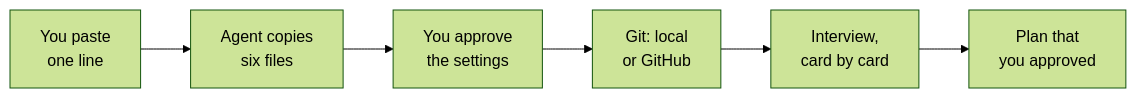
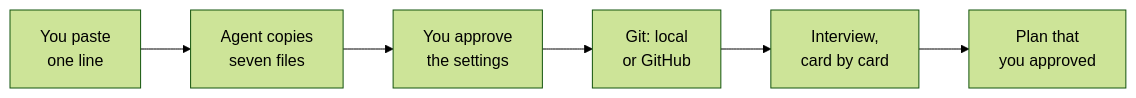
Before and after one commit to MyNameIsGlooboo/chief-prompt: the first of 3 diagrams in README.md, drawn with Mermaid (forest theme). The commit also changed other lines of this file and 16 other files, not shown here.

````diff
--- a/README.md
+++ b/README.md
@@ -23,8 +23,8 @@
 ```mermaid
 flowchart LR
-    A["You paste<br/>one line"] --> B["Agent copies<br/>six files"]
+    A["You paste<br/>one line"] --> B["Agent copies<br/>seven files"]
     B --> C["You approve<br/>the settings"]
     C --> D["Git: local<br/>or GitHub"]
     D --> E["Interview,<br/>card by card"]
     E --> F["Plan that<br/>you approved"]
 ```
````
